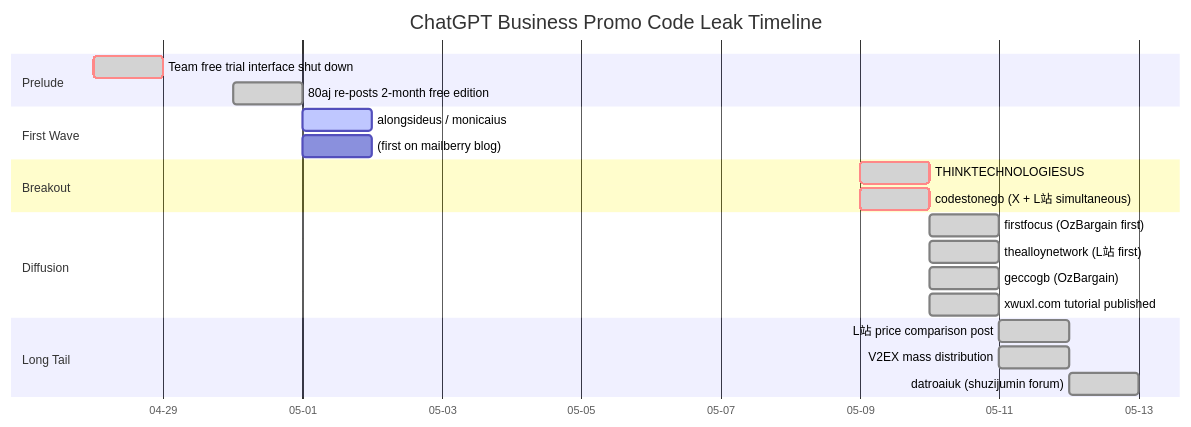
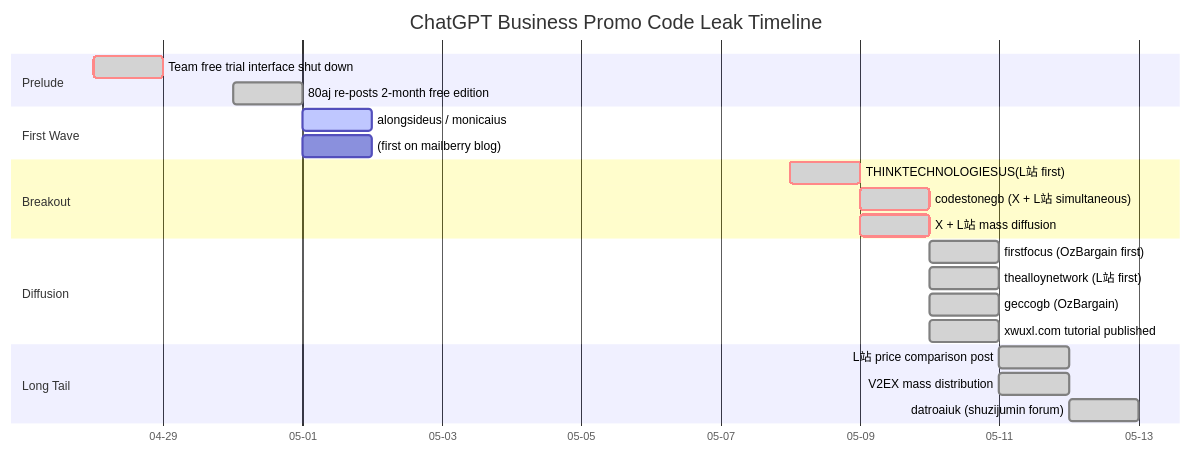
One commit to YouToco/zhuoqidev.com changed the first of 2 diagrams in content/en/posts/chatgpt-business-promo-investigation.md. Above: the diagram before and after it, drawn with Mermaid. The commit also changed other lines of this file and 1 other file, not shown here.

```diff
--- a/content/en/posts/chatgpt-business-promo-investigation.md
+++ b/content/en/posts/chatgpt-business-promo-investigation.md
@@ -82,30 +82,31 @@
 {{< mermaid >}}
 gantt
     title       ChatGPT Business Promo Code Leak Timeline
     dateFormat  YYYY-MM-DD
     axisFormat  %m-%d
     tickInterval 2day
 
     section Prelude
     Team free trial interface shut down :done,   crit,   a1, 2026-04-28, 1d
     80aj re-posts 2-month free edition   :done,           a2, 2026-04-30, 1d
 
     section First Wave
     alongsideus / monicaius             :active,         b1, 2026-05-01, 1d
     (first on mailberry blog)           :                 b1a, 2026-05-01, 1d
 
     section Breakout
-    THINKTECHNOLOGIESUS                 :done,   crit,   c1, 2026-05-09, 1d
+    THINKTECHNOLOGIESUS(L站 first)      :done,   crit,   c0, 2026-05-08, 1d
     codestonegb (X + L站 simultaneous)  :done,   crit,   c2, 2026-05-09, 1d
+    X + L站 mass diffusion              :done,   crit,   c1, 2026-05-09, 1d
 
     section Diffusion
     firstfocus (OzBargain first)        :done,           d1, 2026-05-10, 1d
     thealloynetwork (L站 first)         :done,           d2, 2026-05-10, 1d
     geccogb (OzBargain)                 :done,           d3, 2026-05-10, 1d
     xwuxl.com tutorial published        :done,           d4, 2026-05-10, 1d
 
     section Long Tail
     L站 price comparison post           :done,           e1, 2026-05-11, 1d
     V2EX mass distribution              :done,           e2, 2026-05-11, 1d
     datroaiuk (shuzijumin forum)        :done,           e3, 2026-05-12, 1d
 {{< /mermaid >}}
```
